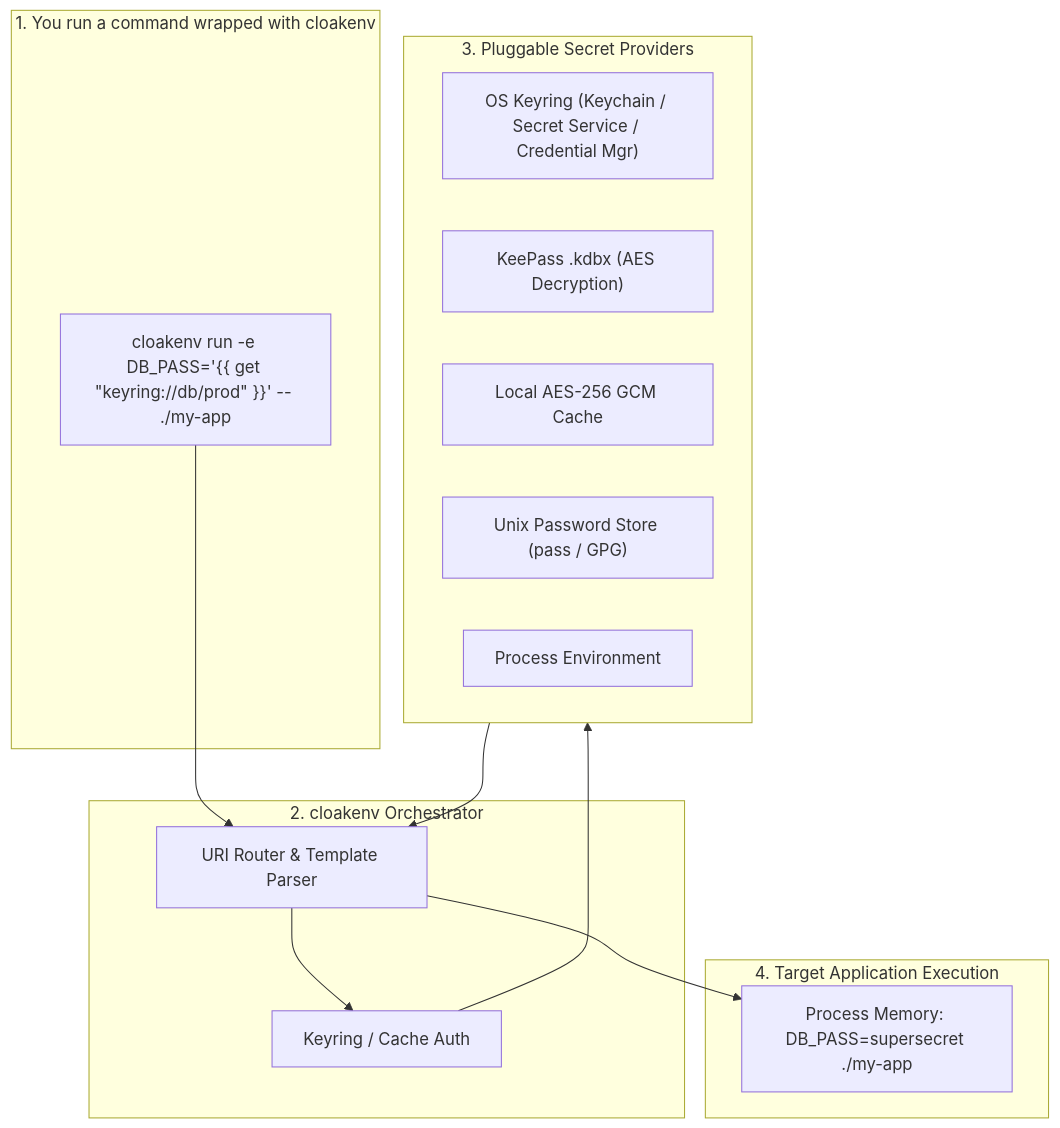
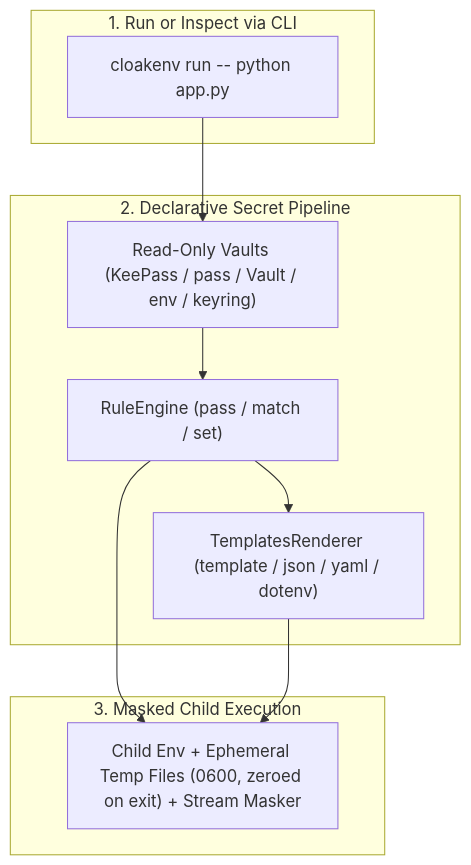
Before and after one commit to warpcode/cloakenv: the diagram in README.md, drawn with Mermaid. The commit also changed other lines of this file and 50 other files, not shown here.

First line of the commit message:
refactor(engine): remove legacy resolver, sync, and template parser (#492)

````diff
--- a/README.md
+++ b/README.md
@@ -76,29 +59,22 @@
 ```mermaid
 flowchart TD
-    subgraph CLI ["1. You run a command wrapped with cloakenv"]
-        Cmd["cloakenv run -e DB_PASS='{{ get #quot;keyring://db/prod#quot; }}' -- ./my-app"]
+    subgraph CLI ["1. Run or Inspect via CLI"]
+        Cmd["cloakenv run -- python app.py"]
     end
 
-    subgraph Engine ["2. cloakenv Orchestrator"]
-        Router["URI Router & Template Parser"]
-        AuthCheck["Keyring / Cache Auth"]
+    subgraph Pipeline ["2. Declarative Secret Pipeline"]
+        Vaults["Read-Only Vaults (KeePass / pass / Vault / env / keyring)"]
+        Rules["RuleEngine (pass / match / set)"]
+        Templates["TemplatesRenderer (template / json / yaml / dotenv)"]
     end
 
-    subgraph Backends ["3. Pluggable Secret Providers"]
-        OSKeyring["OS Keyring (Keychain / Secret Service / Credential Mgr)"]
-        KeePass["KeePass .kdbx (AES Decryption)"]
-        EncCache["Local AES-256 GCM Cache"]
-        Pass["Unix Password Store (pass / GPG)"]
-        Env["Process Environment"]
+    subgraph Runner ["3. Masked Child Execution"]
+        Memory["Child Env + Ephemeral Temp Files (0600, zeroed on exit) + Stream Masker"]
     end
 
-    subgraph ChildProcess ["4. Target Application Execution"]
-        Memory["Process Memory: DB_PASS=supersecret ./my-app"]
-    end
-
-    Cmd --> Router
-    Router --> AuthCheck
-    AuthCheck --> Backends
-    Backends --> Router
-    Router --> Memory
+    Cmd --> Vaults
+    Vaults --> Rules
+    Rules --> Templates
+    Rules --> Memory
+    Templates --> Memory
 ```
````
